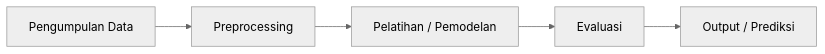
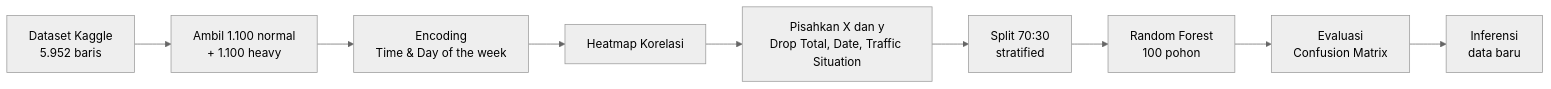
The diagram in README.md (plutomurus/trafic), drawn with Mermaid (neutral theme) before and after one commit. The commit also changed other lines of this file, not shown here.

First line of the commit message:
Revise README for traffic congestion classification project

````diff
--- a/README.md
+++ b/README.md
@@ -114,7 +141,11 @@
 ```mermaid
 flowchart LR
-    A[Pengumpulan Data] --> B[Preprocessing]
-    B --> C[Pelatihan / Pemodelan]
-    C --> D[Evaluasi]
-    D --> E[Output / Prediksi]
+    A[Dataset Kaggle<br/>5.952 baris] --> B[Ambil 1.100 normal<br/>+ 1.100 heavy]
+    B --> C[Encoding<br/>Time & Day of the week]
+    C --> D[Heatmap Korelasi]
+    D --> E[Pisahkan X dan y<br/>Drop Total, Date, Traffic Situation]
+    E --> F[Split 70:30<br/>stratified]
+    F --> G[Random Forest<br/>100 pohon]
+    G --> H[Evaluasi<br/>Confusion Matrix]
+    H --> I[Inferensi<br/>data baru]
 ```
````
